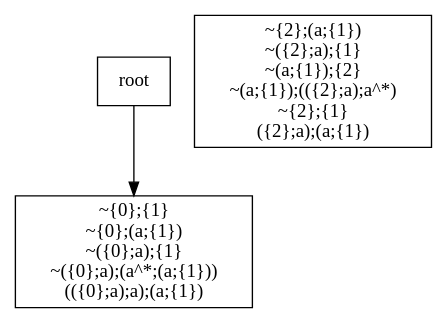
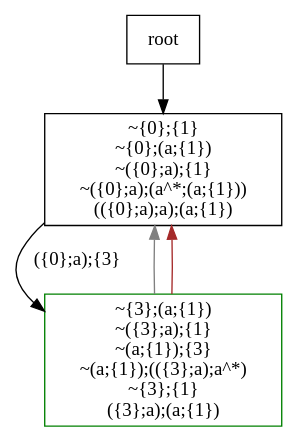
The diagram in output/r.dot (jangreen/rat), drawn with Graphviz before and after one commit. The commit also changed 10 other files, not shown here.

```diff
--- a/output/r.dot
+++ b/output/r.dot
@@ -1,17 +1,21 @@
 digraph {
 node[shape="box"]
-N0x12f0052a0[label="~{0};{1}
+N0x158f04c00[label="~{0};{1}
 ~{0};(a;{1})
 ~({0};a);{1}
 ~({0};a);(a^*;(a;{1}))
 (({0};a);a);(a;{1})
 "];
-root -> N0x12f0052a0;
-N0x12f106740[label="~{2};(a;{1})
-~({2};a);{1}
-~(a;{1});{2}
-~(a;{1});(({2};a);a^*)
-~{2};{1}
-({2};a);(a;{1})
+N0x158f04c00 -> N0x158f0ad30[label="({0};a);{3}
 "];
+N0x158f0ad30[label="~{3};(a;{1})
+~({3};a);{1}
+~(a;{1});{3}
+~(a;{1});(({3};a);a^*)
+~{3};{1}
+({3};a);(a;{1})
+", color=green];
+N0x158f0ad30 -> N0x158f04c00[color="grey"];
+N0x158f0ad30 -> N0x158f04c00[color="brown"];
+root -> N0x158f04c00;
 }
```
